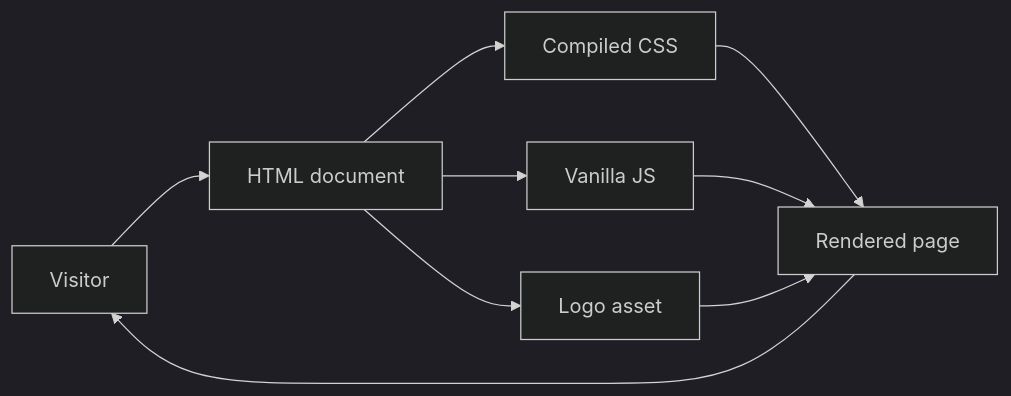
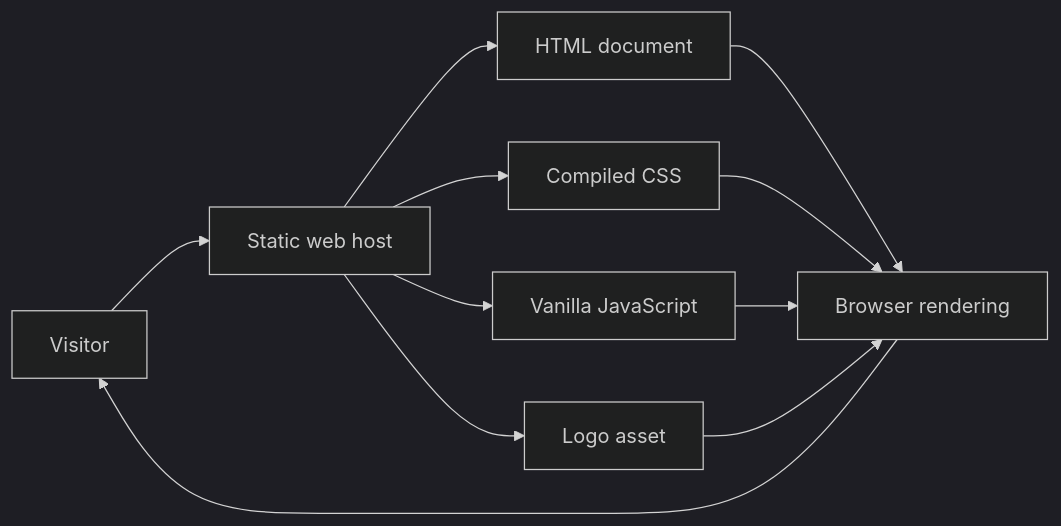
The first of 2 diagrams in docs/system-design.md (Brajesh31/Bifoga), drawn with Mermaid (dark theme) before and after one commit. The commit also changed other lines of this file, not shown here.

````diff
--- a/docs/system-design.md
+++ b/docs/system-design.md
@@ -7,11 +7,13 @@
 ```mermaid
 flowchart LR
-    V[Visitor] --> H[HTML document]
-    H --> S[Compiled CSS]
-    H --> J[Vanilla JS]
-    H --> A[Logo asset]
-    S --> R[Rendered page]
-    J --> R
-    A --> R
-    R --> V
+    Visitor[Visitor] --> Host[Static web host]
+    Host --> HTML[HTML document]
+    Host --> CSS[Compiled CSS]
+    Host --> JS[Vanilla JavaScript]
+    Host --> Image[Logo asset]
+    HTML --> Browser[Browser rendering]
+    CSS --> Browser
+    JS --> Browser
+    Image --> Browser
+    Browser --> Visitor
 ```
````
